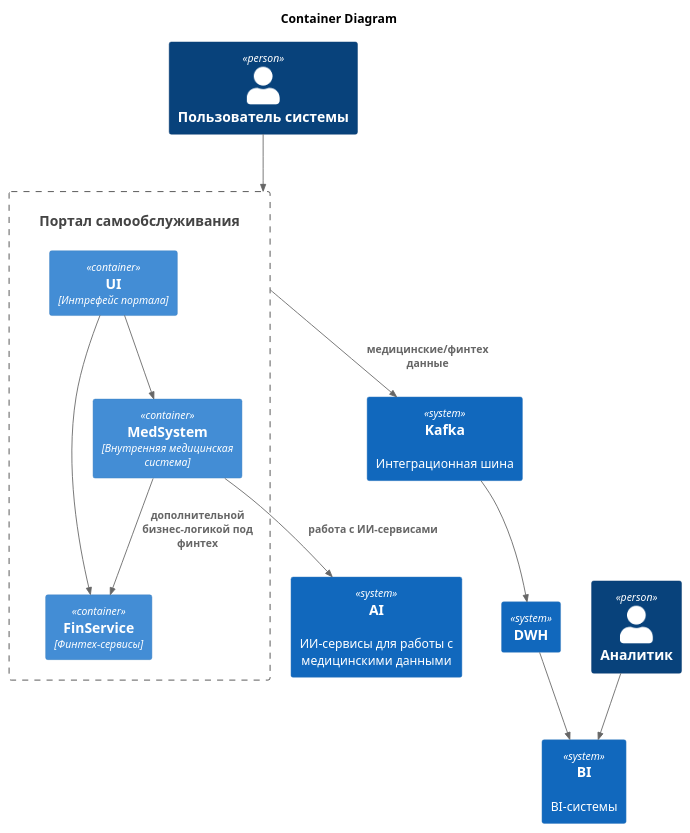
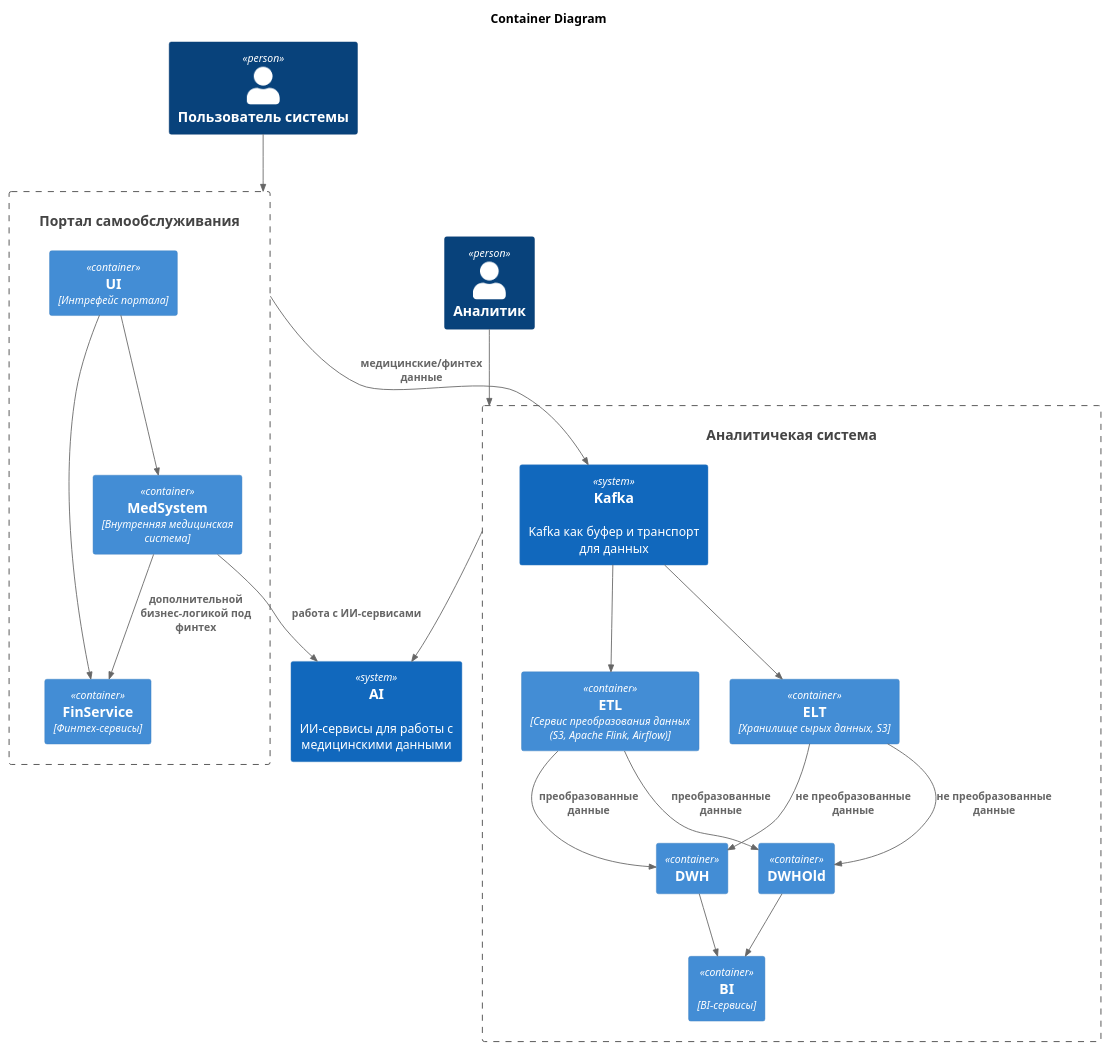
The diagram in Task1/C4_Container.puml (lvladv/architecture-future_2_0), drawn with PlantUML before and after one commit.

Commit message:
fix after review

```diff
--- a/Task1/C4_Container.puml
+++ b/Task1/C4_Container.puml
@@ -1,34 +1,51 @@
 @startuml
 title Container Diagram
 
 top to bottom direction
 
 !includeurl https://raw.githubusercontent.com/RicardoNiepel/C4-PlantUML/master/C4_Component.puml
 
 Person(user, "Пользователь системы")
 Person(analitic, "Аналитик")
 
 System(Portal, "Портал самообслуживания")
-System(DWH, "DWH", "")
-System(BI, "BI", "BI-системы")
+
+System(AnaliticSystem, "Аналитичекая система", "")
 System(AI, "AI", "ИИ-сервисы для работы с медицинскими данными")
-System(Kafka, "Kafka", "Интеграционная шина")
 
 Container_Boundary(Portal, "") {
   Container(PortalUI, "UI", "Интрефейс портала", "")
   Container(FinSystem, "FinService", "Финтех-сервисы", "")
   Container(MedSystem, "MedSystem", "Внутренняя медицинская система", "")
+}
+
+Container_Boundary(AnaliticSystem, "") {
+  Container(DWH, "DWH", "")
+  Container(DWHOld, "DWHOld", "")
+  Container(BI, "BI", "BI-сервисы")
+  System(Kafka, "Kafka", "Kafka как буфер и транспорт для данных")
+  Container(ETL, "ETL", "Сервис преобразования данных (S3, Apache Flink, Airflow)")
+  Container(ELT, "ELT", "Хранилище сырых данных, S3")
 }
 
 Rel(user, Portal, "")
 Rel(PortalUI, FinSystem, "")
 Rel(PortalUI, MedSystem, "")
 Rel(MedSystem, FinSystem, "дополнительной бизнес-логикой под финтех")
 Rel(MedSystem, AI, "работа с ИИ-сервисами")
 
 Rel(Portal, Kafka, "медицинские/финтех данные")
-Rel( Kafka, DWH, "")
-Rel( DWH, BI, "")
-Rel( analitic, BI, "")
+
+Rel(Kafka, ETL, "")
+Rel(Kafka, ELT, "")
+Rel(ELT, DWH,"не преобразованные данные")
+Rel(ETL, DWH, "преобразованные данные")
+Rel(ELT, DWHOld,"не преобразованные данные")
+Rel(ETL, DWHOld,"преобразованные данные")
+Rel(DWHOld, BI, "")
+Rel(DWH, BI,"")
+Rel(AnaliticSystem, AI, "")
+
+Rel( analitic, AnaliticSystem, "")
 
 @enduml
```
